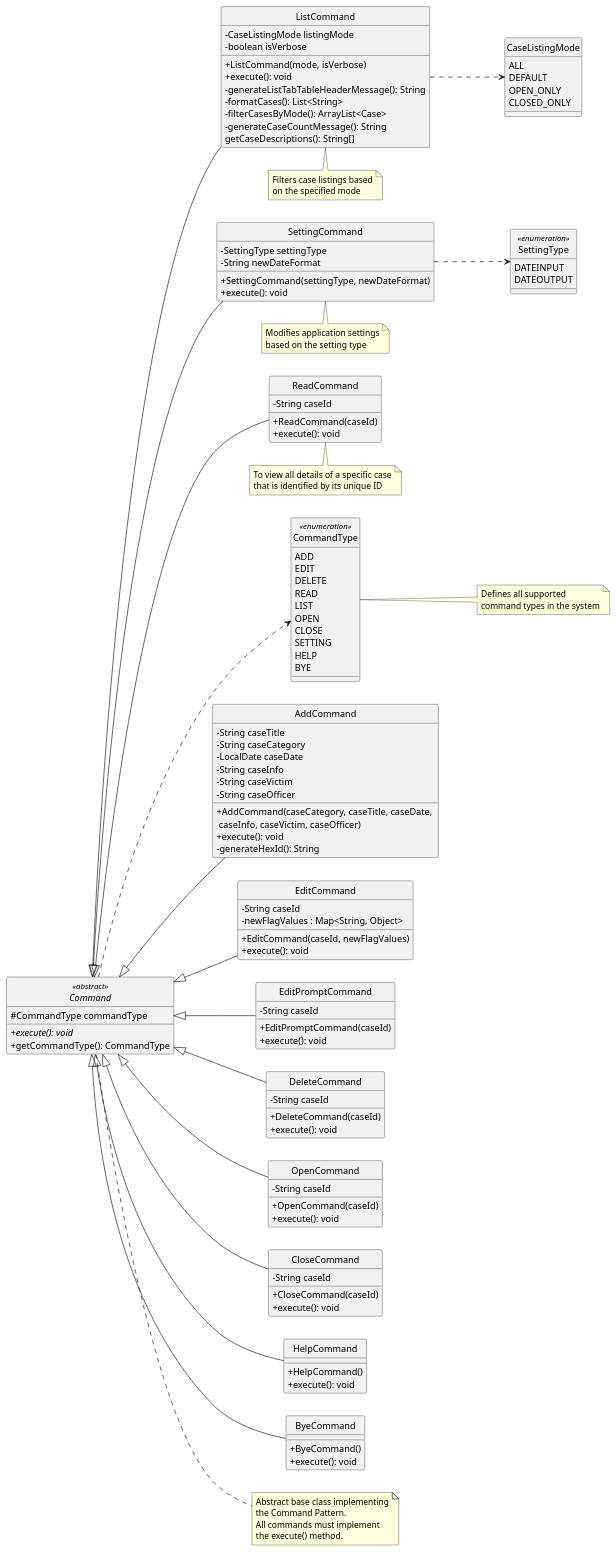
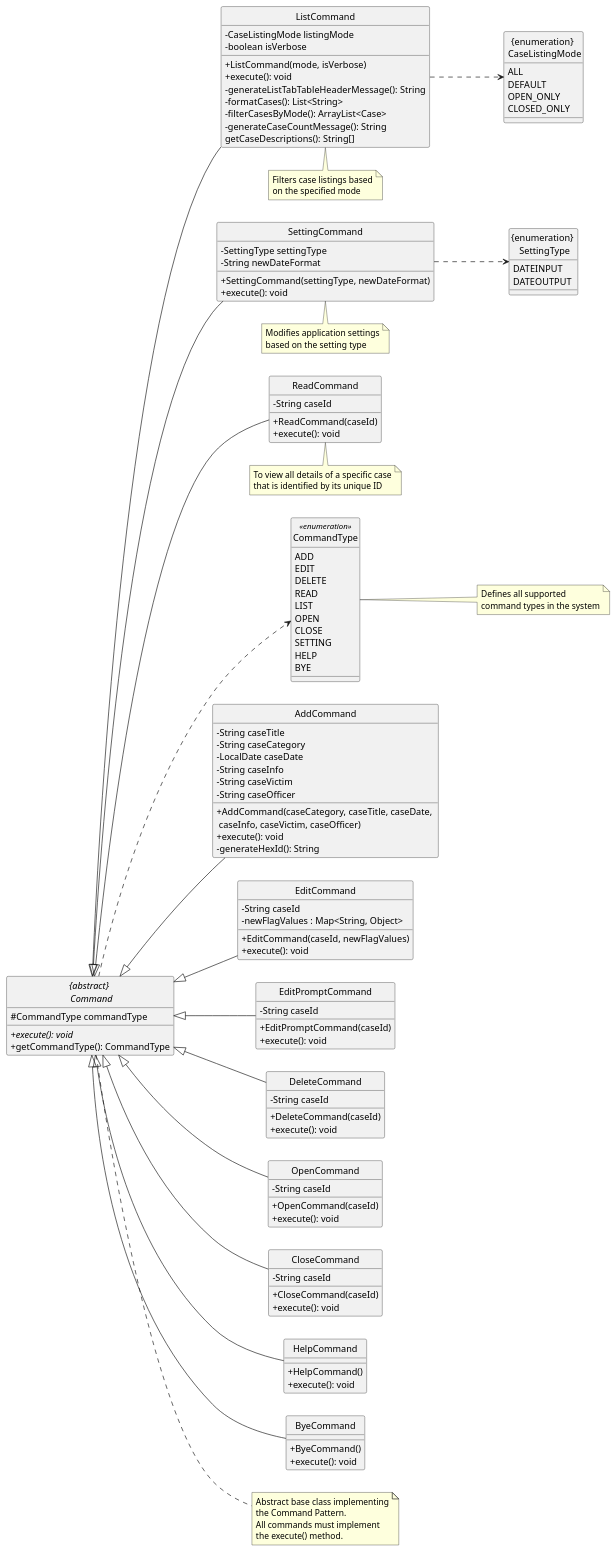
The diagram in docs/diagrams/specific/CommandClassDiagram.puml (zhengjie2002/tp), drawn with PlantUML before and after one commit. The commit also changed 2 other files, not shown here.

```diff
--- a/docs/diagrams/specific/CommandClassDiagram.puml
+++ b/docs/diagrams/specific/CommandClassDiagram.puml
@@ -1,169 +1,169 @@
 @startuml CommandClassDiagram
 hide circle
 skinparam classAttributeIconSize 0
 scale max 1024 width
 left to right direction
 
 ' Abstract base class
-abstract class Command <<abstract>> {
+abstract class "{abstract} \n Command" {
     # CommandType commandType
     + {abstract} execute(): void
     + getCommandType(): CommandType
 }
 
 ' Command Type Enum
 enum CommandType <<enumeration>> {
     ADD
     EDIT
     DELETE
     READ
     LIST
     OPEN
     CLOSE
     SETTING
     HELP
     BYE
 }
 
 ' Setting Type Enum
-enum SettingType <<enumeration>> {
+enum "{enumeration} \n SettingType"  {
     DATEINPUT
     DATEOUTPUT
 }
 
 ' Case Listing Mode Enum
-enum CaseListingMode {
+enum "{enumeration} \n CaseListingMode" {
     ALL
     DEFAULT
     OPEN_ONLY
     CLOSED_ONLY
 }
 
 ' Concrete Command Classes
 class AddCommand {
 
     - String caseTitle
     - String caseCategory
     - LocalDate caseDate
     - String caseInfo
     - String caseVictim
     - String caseOfficer
     + AddCommand(caseCategory, caseTitle, caseDate, \n caseInfo, caseVictim, caseOfficer)
     + execute(): void
     - generateHexId(): String
 }
 
 class EditCommand {
     - String caseId
     - newFlagValues : Map<String, Object>
     + EditCommand(caseId, newFlagValues)
     + execute(): void
 }
 
 class EditPromptCommand {
     - String caseId
     + EditPromptCommand(caseId)
     + execute(): void
 }
 
 class DeleteCommand {
     - String caseId
     + DeleteCommand(caseId)
     + execute(): void
 }
 
 class ReadCommand {
     - String caseId
     + ReadCommand(caseId)
     + execute(): void
 }
 
 class ListCommand {
     - CaseListingMode listingMode
     - boolean isVerbose
     + ListCommand(mode, isVerbose)
     + execute(): void
     - generateListTabTableHeaderMessage(): String
     - formatCases(): List<String>
     - filterCasesByMode(): ArrayList<Case>
     - generateCaseCountMessage(): String
     getCaseDescriptions(): String[]
 }
 
 class OpenCommand {
     - String caseId
     + OpenCommand(caseId)
     + execute(): void
 }
 
 class CloseCommand {
     - String caseId
     + CloseCommand(caseId)
     + execute(): void
 }
 
 class SettingCommand {
     - SettingType settingType
     - String newDateFormat
     + SettingCommand(settingType, newDateFormat)
     + execute(): void
 }
 
 class HelpCommand {
     + HelpCommand()
     + execute(): void
 }
 
 class ByeCommand {
     + ByeCommand()
     + execute(): void
 }
 
 ' Inheritance relationships
-Command <|-- AddCommand
-Command <|-- EditCommand
-Command <|-- EditPromptCommand
-Command <|-- DeleteCommand
-Command <|-- ReadCommand
-Command <|-- ListCommand
-Command <|-- OpenCommand
-Command <|-- CloseCommand
-Command <|-- SettingCommand
-Command <|-- HelpCommand
-Command <|-- ByeCommand
+"{abstract} \n Command" <|-- AddCommand
+"{abstract} \n Command" <|-- EditCommand
+"{abstract} \n Command" <|-- EditPromptCommand
+"{abstract} \n Command" <|-- DeleteCommand
+"{abstract} \n Command" <|-- ReadCommand
+"{abstract} \n Command" <|-- ListCommand
+"{abstract} \n Command" <|-- OpenCommand
+"{abstract} \n Command" <|-- CloseCommand
+"{abstract} \n Command" <|-- SettingCommand
+"{abstract} \n Command" <|-- HelpCommand
+"{abstract} \n Command" <|-- ByeCommand
 
 ' Associations with enums
-Command ..> CommandType
-SettingCommand ..> SettingType
-ListCommand ..> CaseListingMode
+"{abstract} \n Command" ..> CommandType
+SettingCommand ..> "{enumeration} \n SettingType"
+ListCommand ..> "{enumeration} \n CaseListingMode"
 
 ' Notes
-note right of Command
+note right of "{abstract} \n Command"
     Abstract base class implementing
     the Command Pattern.
     All commands must implement
     the execute() method.
 end note
 
 note right of CommandType
     Defines all supported
     command types in the system
 end note
 
 note bottom of ListCommand
     Filters case listings based
     on the specified mode
 end note
 
 note bottom of SettingCommand
     Modifies application settings
     based on the setting type
 end note
 
 note bottom of ReadCommand
     To view all details of a specific case
     that is identified by its unique ID
 end note
 
 
 @enduml
```
